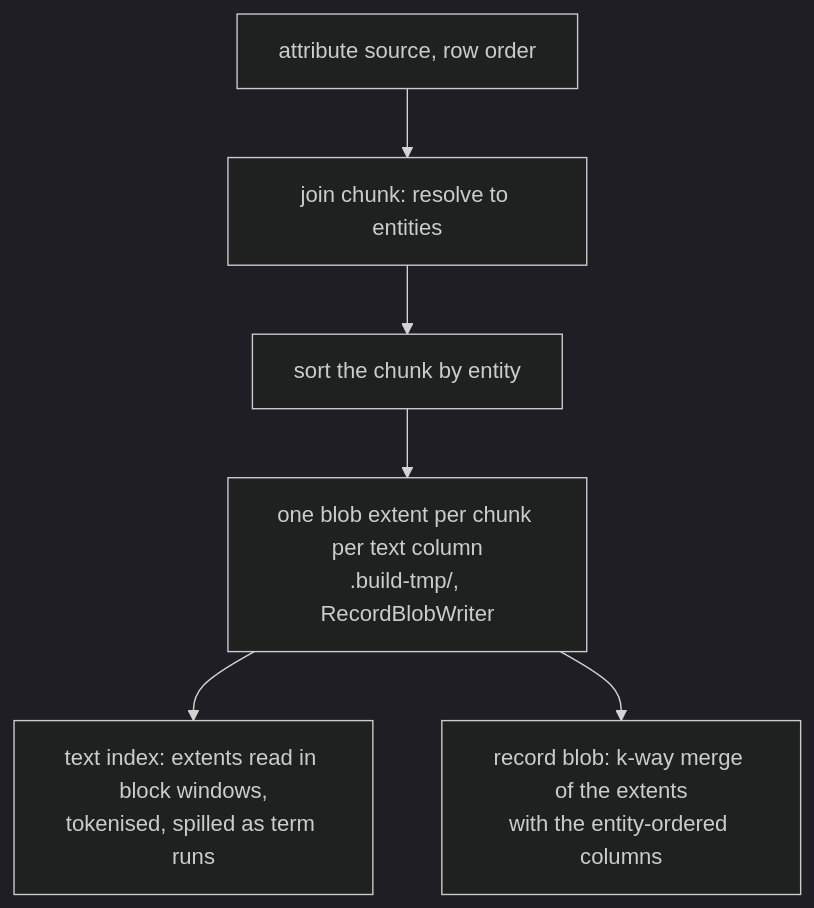
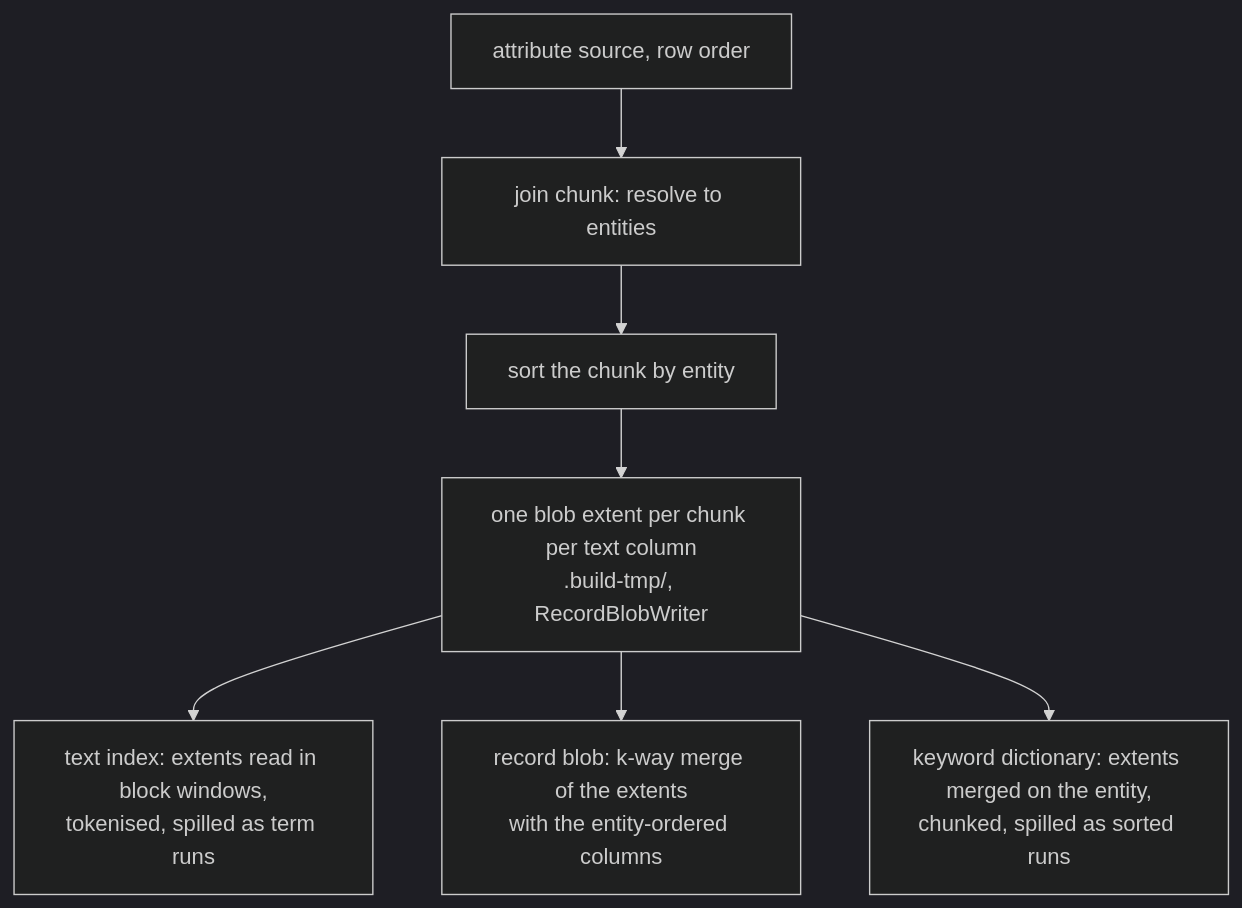
Before and after one commit to jennis0/tesseradb: the diagram in docs/design/build-column-extents.md, drawn with Mermaid (dark theme). The commit also changed other lines of this file and 4 other files, not shown here.

````diff
--- a/docs/design/build-column-extents.md
+++ b/docs/design/build-column-extents.md
@@ -51,8 +53,9 @@
 ```mermaid
 flowchart TD
   A["attribute source, row order"] --> B["join chunk: resolve to entities"]
   B --> C["sort the chunk by entity"]
   C --> D["one blob extent per chunk per text column<br/>.build-tmp/, RecordBlobWriter"]
   D --> E["text index: extents read in block windows,<br/>tokenised, spilled as term runs"]
   D --> F["record blob: k-way merge of the extents<br/>with the entity-ordered columns"]
+  D --> G["keyword dictionary: extents merged on the entity,<br/>chunked, spilled as sorted runs"]
 ```
````
